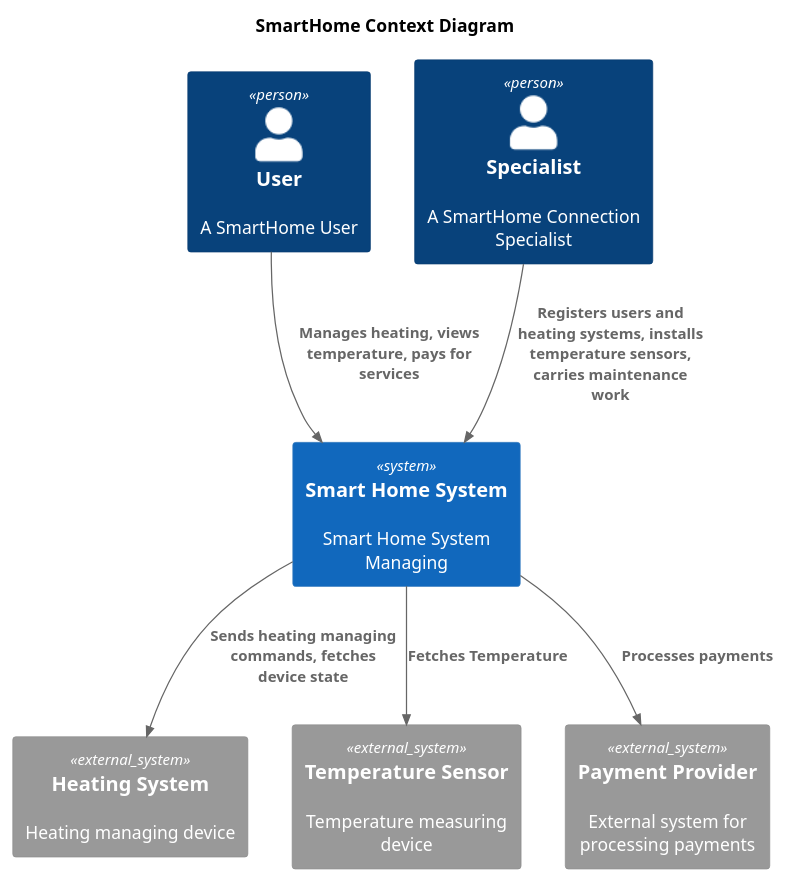
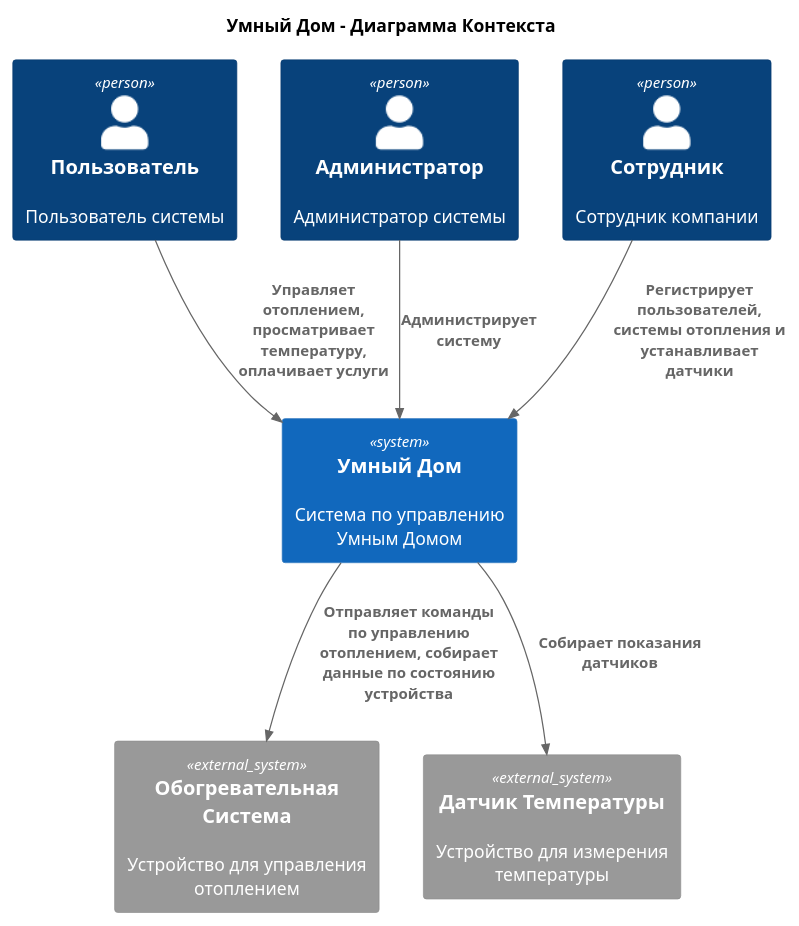
Before and after one commit to vakovtunenko/architecture-sprint-3: the diagram in diagrams/context/SmartHome_context.puml, drawn with PlantUML. The commit also changed 2 other files, not shown here.

Commit message:
Задание 2. Добавил диаграмму контейнеров

```diff
--- a/diagrams/context/SmartHome_context.puml
+++ b/diagrams/context/SmartHome_context.puml
@@ -1,24 +1,24 @@
 @startuml
-title SmartHome Context Diagram
+title Умный Дом - Диаграмма Контекста
 
 top to bottom direction
 
 !includeurl ../c4_templates/C4_Context.puml
 
-Person(User, "User", "A SmartHome User")
-Person(Specialist, "Specialist", "A SmartHome Connection Specialist")
+Person(User, "Пользователь", "Пользователь системы")
+Person(Admin, "Администратор", "Администратор системы")
+Person(Employee, "Сотрудник", "Сотрудник компании")
 
-System(SmartHomeSystem, "Smart Home System", "Smart Home System Managing")
+System(SmartHomeSystem, "Умный Дом", "Система по управлению Умным Домом")
 
-Rel(User, SmartHomeSystem, "Manages heating, views temperature, pays for services")
-Rel(Specialist, SmartHomeSystem, "Registers users and heating systems, installs temperature sensors, carries maintenance work")
+Rel(User, SmartHomeSystem, "Управляет отоплением, просматривает температуру, оплачивает услуги")
+Rel(Admin, SmartHomeSystem,"Администрирует систему")
+Rel(Employee, SmartHomeSystem, "Регистрирует пользователей, системы отопления и устанавливает датчики")
 
-System_Ext(HeatingSystem, "Heating System", "Heating managing device")
-System_Ext(TemperatureSensor, "Temperature Sensor", "Temperature measuring device")
-System_Ext(PaymentProvider, "Payment Provider", "External system for processing payments")
+System_Ext(HeatingSystem, "Обогревательная Система", "Устройство для управления отоплением")
+System_Ext(TemperatureSensor, "Датчик Температуры", "Устройство для измерения температуры")
 
-Rel(SmartHomeSystem,HeatingSystem,"Sends heating managing commands, fetches device state")
-Rel(SmartHomeSystem,TemperatureSensor,"Fetches Temperature")
-Rel(SmartHomeSystem,PaymentProvider,"Processes payments")
+Rel(SmartHomeSystem,HeatingSystem,"Отправляет команды по управлению отоплением, собирает данные по состоянию устройства")
+Rel(SmartHomeSystem,TemperatureSensor,"Собирает показания датчиков")
 
 @enduml
```
